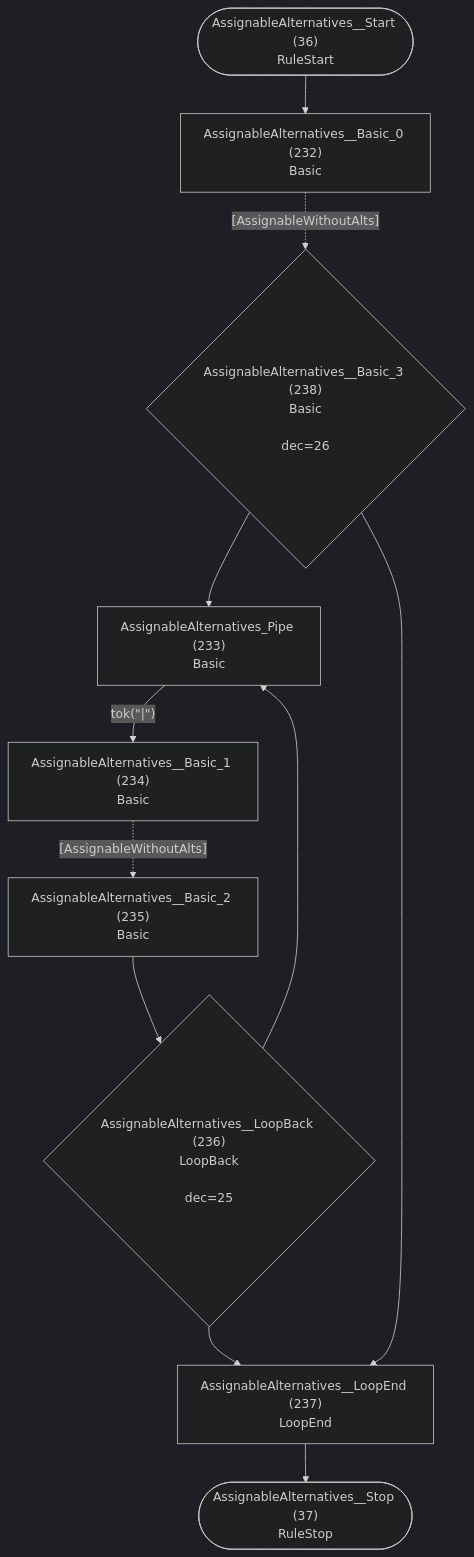
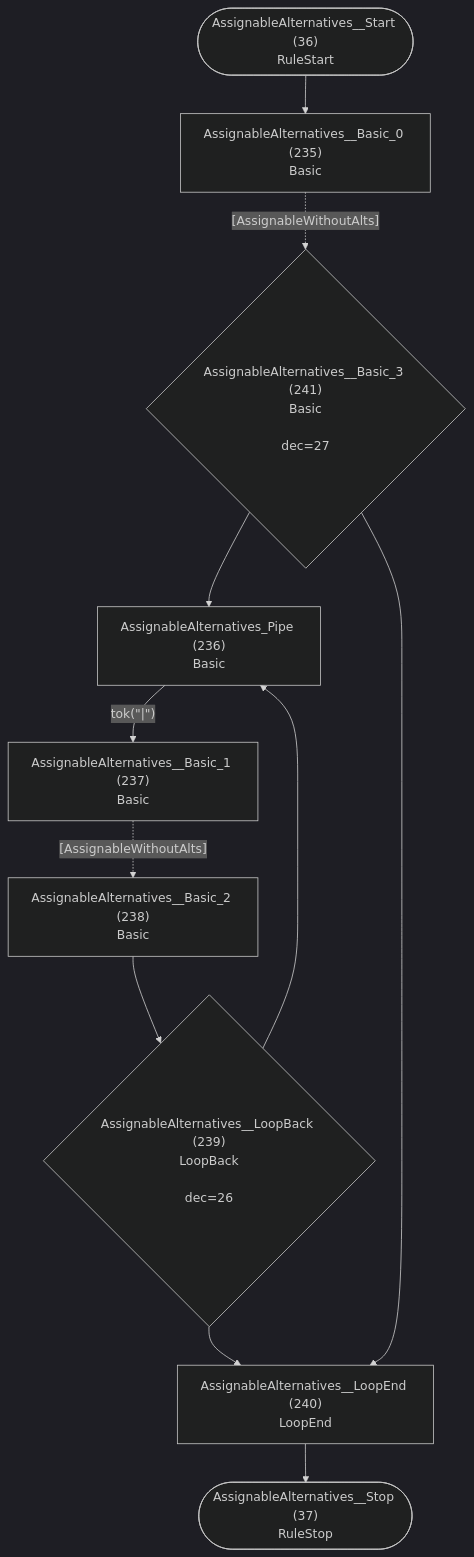
Diagram 19 of 26 in internal/grammar/atn.md (TypeFox/fastbelt), drawn with Mermaid (dark theme) before and after one commit. The commit also changed other lines of this file and 16 other files, not shown here.

````diff
--- a/internal/grammar/atn.md
+++ b/internal/grammar/atn.md
@@ -585,23 +592,23 @@
 ```mermaid
 flowchart TD
     q36(["AssignableAlternatives__Start (36)<br/>RuleStart"])
     q37(["AssignableAlternatives__Stop (37)<br/>RuleStop"])
-    q232["AssignableAlternatives__Basic_0 (232)<br/>Basic<br/>"]
-    q233["AssignableAlternatives_Pipe (233)<br/>Basic<br/>"]
-    q234["AssignableAlternatives__Basic_1 (234)<br/>Basic<br/>"]
-    q235["AssignableAlternatives__Basic_2 (235)<br/>Basic<br/>"]
-    q236{"AssignableAlternatives__LoopBack (236)<br/>LoopBack<br/><br/>dec=25"}
-    q237["AssignableAlternatives__LoopEnd (237)<br/>LoopEnd<br/>"]
-    q238{"AssignableAlternatives__Basic_3 (238)<br/>Basic<br/><br/>dec=26"}
+    q235["AssignableAlternatives__Basic_0 (235)<br/>Basic<br/>"]
+    q236["AssignableAlternatives_Pipe (236)<br/>Basic<br/>"]
+    q237["AssignableAlternatives__Basic_1 (237)<br/>Basic<br/>"]
+    q238["AssignableAlternatives__Basic_2 (238)<br/>Basic<br/>"]
+    q239{"AssignableAlternatives__LoopBack (239)<br/>LoopBack<br/><br/>dec=26"}
+    q240["AssignableAlternatives__LoopEnd (240)<br/>LoopEnd<br/>"]
+    q241{"AssignableAlternatives__Basic_3 (241)<br/>Basic<br/><br/>dec=27"}
 
-    q36 --> q232
-    q232 -.->|"[AssignableWithoutAlts]"| q238
-    q233 -->|"tok(&quot;|&quot;)"| q234
-    q234 -.->|"[AssignableWithoutAlts]"| q235
-    q235 --> q236
-    q236 --> q233
-    q236 --> q237
-    q237 --> q37
-    q238 --> q233
-    q238 --> q237
+    q36 --> q235
+    q235 -.->|"[AssignableWithoutAlts]"| q241
+    q236 -->|"tok(&quot;|&quot;)"| q237
+    q237 -.->|"[AssignableWithoutAlts]"| q238
+    q238 --> q239
+    q239 --> q236
+    q239 --> q240
+    q240 --> q37
+    q241 --> q236
+    q241 --> q240
 ```
````
